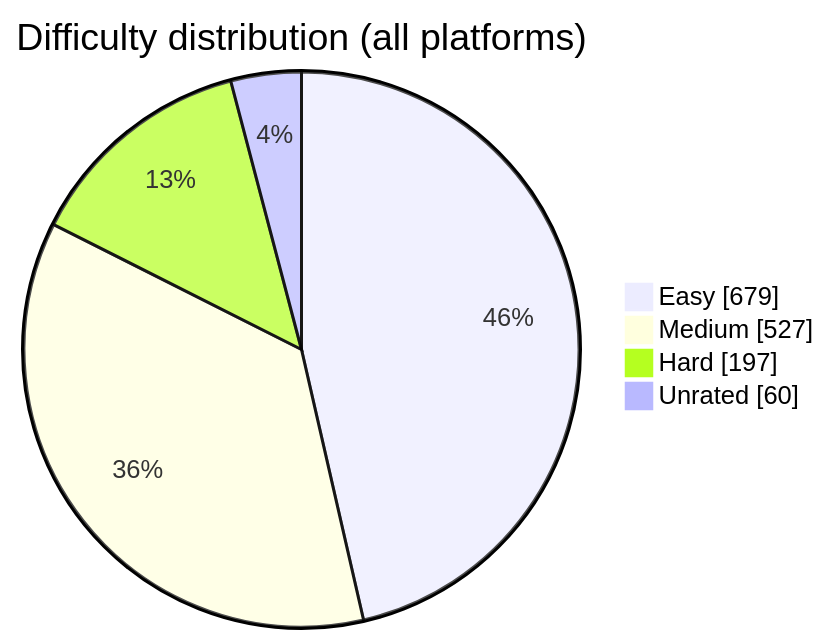
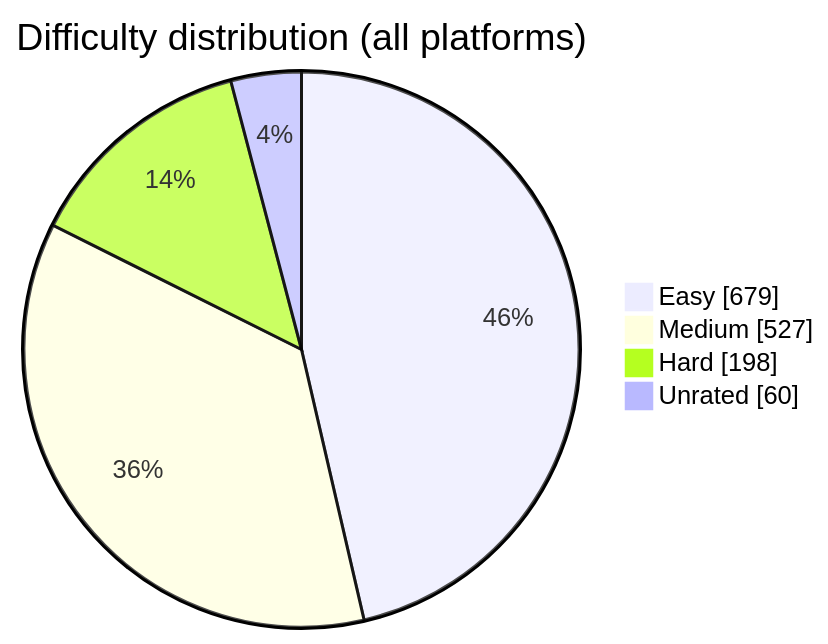
One commit to BuildbyArindam/Daily-Coding-Log changed the diagram in README.md. Above: the diagram before and after it, drawn with Mermaid. The commit also changed other lines of this file, not shown here.

````diff
--- a/README.md
+++ b/README.md
@@ -93,7 +93,7 @@
 ```mermaid
 pie showData title Difficulty distribution (all platforms)
     "Easy" : 679
     "Medium" : 527
-    "Hard" : 197
+    "Hard" : 198
     "Unrated" : 60
 ```
````
